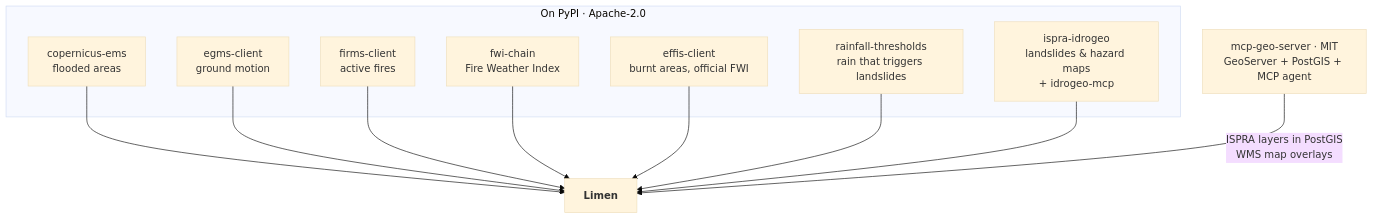
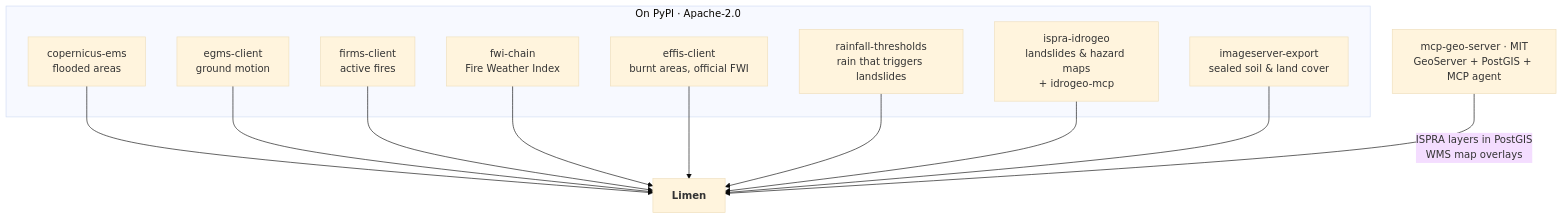
Before and after one commit to agent-engineering-studio/limen: the fourth of 5 diagrams in README.md, drawn with Mermaid (base theme). The commit also changed other lines of this file and 5 other files, not shown here.

First line of the commit message:
refactor(imperviousness): il raster del suolo sigillato da imageserver-export

````diff
--- a/README.md
+++ b/README.md
@@ -418,22 +418,24 @@
 ```mermaid
 flowchart TB
     subgraph PyPI["On PyPI · Apache-2.0"]
         CEMS["copernicus-ems<br/>flooded areas"]
         EG["egms-client<br/>ground motion"]
         FC["firms-client<br/>active fires"]
         ID["ispra-idrogeo<br/>landslides & hazard maps<br/>+ idrogeo-mcp"]
         FWI["fwi-chain<br/>Fire Weather Index"]
         EF["effis-client<br/>burnt areas, official FWI"]
         RT["rainfall-thresholds<br/>rain that triggers landslides"]
+        IS["imageserver-export<br/>sealed soil & land cover"]
     end
     MGS["mcp-geo-server · MIT<br/>GeoServer + PostGIS + MCP agent"]
     L["<b>Limen</b>"]
     CEMS --> L
     EG --> L
     FC --> L
     FWI --> L
     EF --> L
     RT --> L
     ID --> L
+    IS --> L
     MGS -- "ISPRA layers in PostGIS<br/>WMS map overlays" --> L
 ```
````
